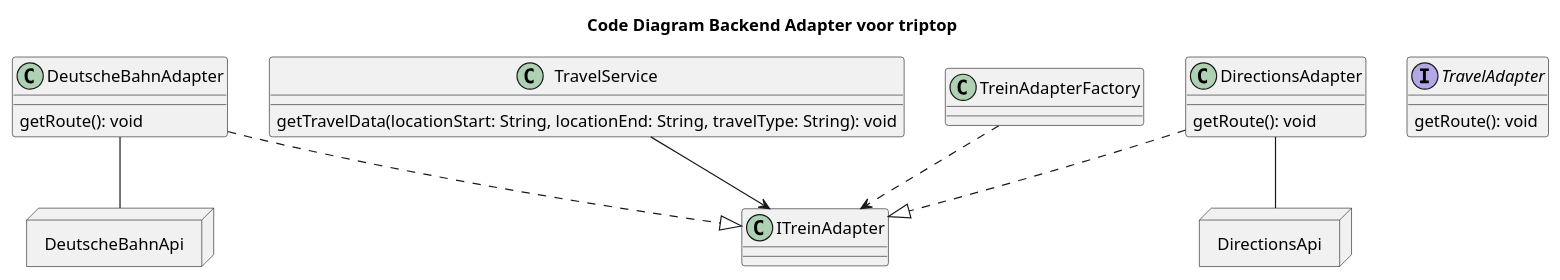
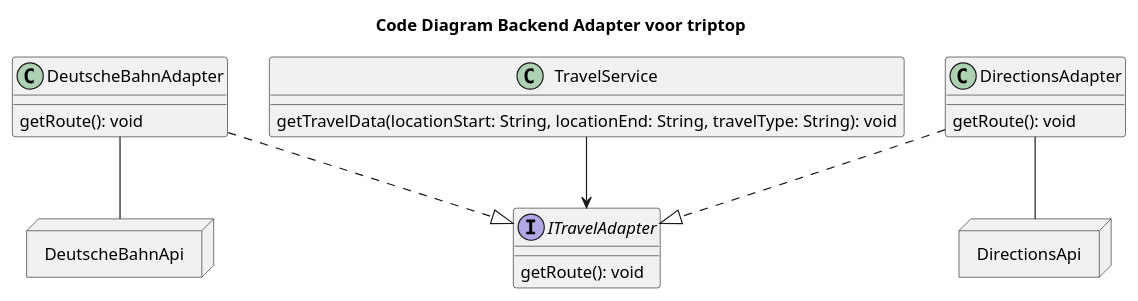
One commit to AIM-ENE-feb25/triptop-groep-tweeeeeeeeeeeeeeeeeeeeee changed the diagram in joost c4 code diagram adapter.puml. Above: the diagram before and after it, drawn with PlantUML. The commit also changed 1 other file, not shown here.

Commit message:
Change v3 Code diagram

```diff
--- a/joost c4 code diagram adapter.puml
+++ b/joost c4 code diagram adapter.puml
@@ -1,37 +1,37 @@
 @startuml
 'https://plantuml.com/class-diagram
 title Code Diagram Backend Adapter voor triptop
 
 
 class TravelService{
     getTravelData(locationStart: String, locationEnd: String, travelType: String): void
 }
 
-interface TravelAdapter{
+interface ITravelAdapter{
    getRoute(): void
 }
 class DirectionsAdapter{
  getRoute(): void
 }
 class DeutscheBahnAdapter{
   getRoute(): void
 }
 
 
 
 
-TravelService --> ITreinAdapter
+TravelService --> ITravelAdapter
 
-DirectionsAdapter..|> ITreinAdapter
-DeutscheBahnAdapter ..|> ITreinAdapter
-TreinAdapterFactory ..> ITreinAdapter
+DirectionsAdapter..|> ITravelAdapter
+DeutscheBahnAdapter ..|> ITravelAdapter
+
 
 node DeutscheBahnAPI as "DeutscheBahnApi"{
    }
 
 node DirectionsApi as "DirectionsApi"{
    }
 
 DirectionsAdapter -- DirectionsApi
 DeutscheBahnAdapter -- DeutscheBahnAPI
 @enduml
```
